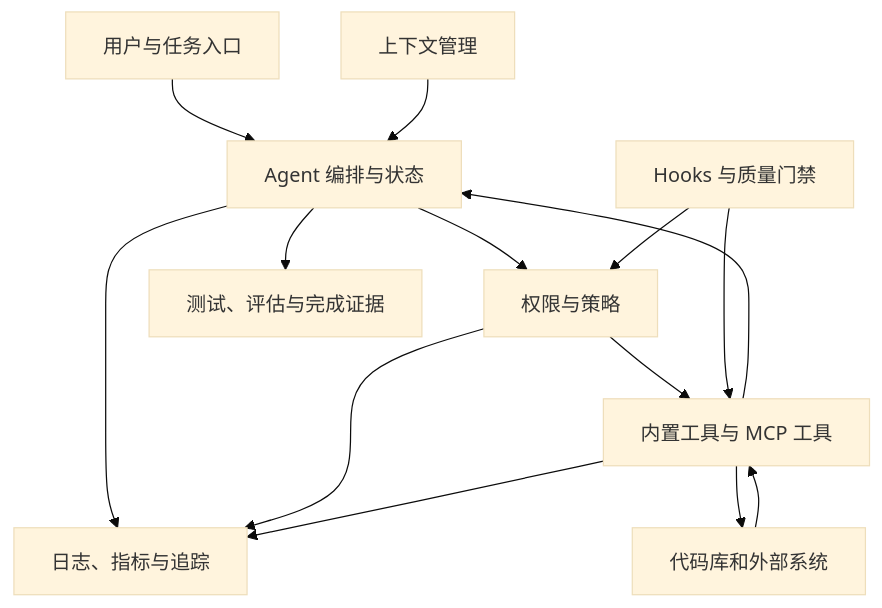
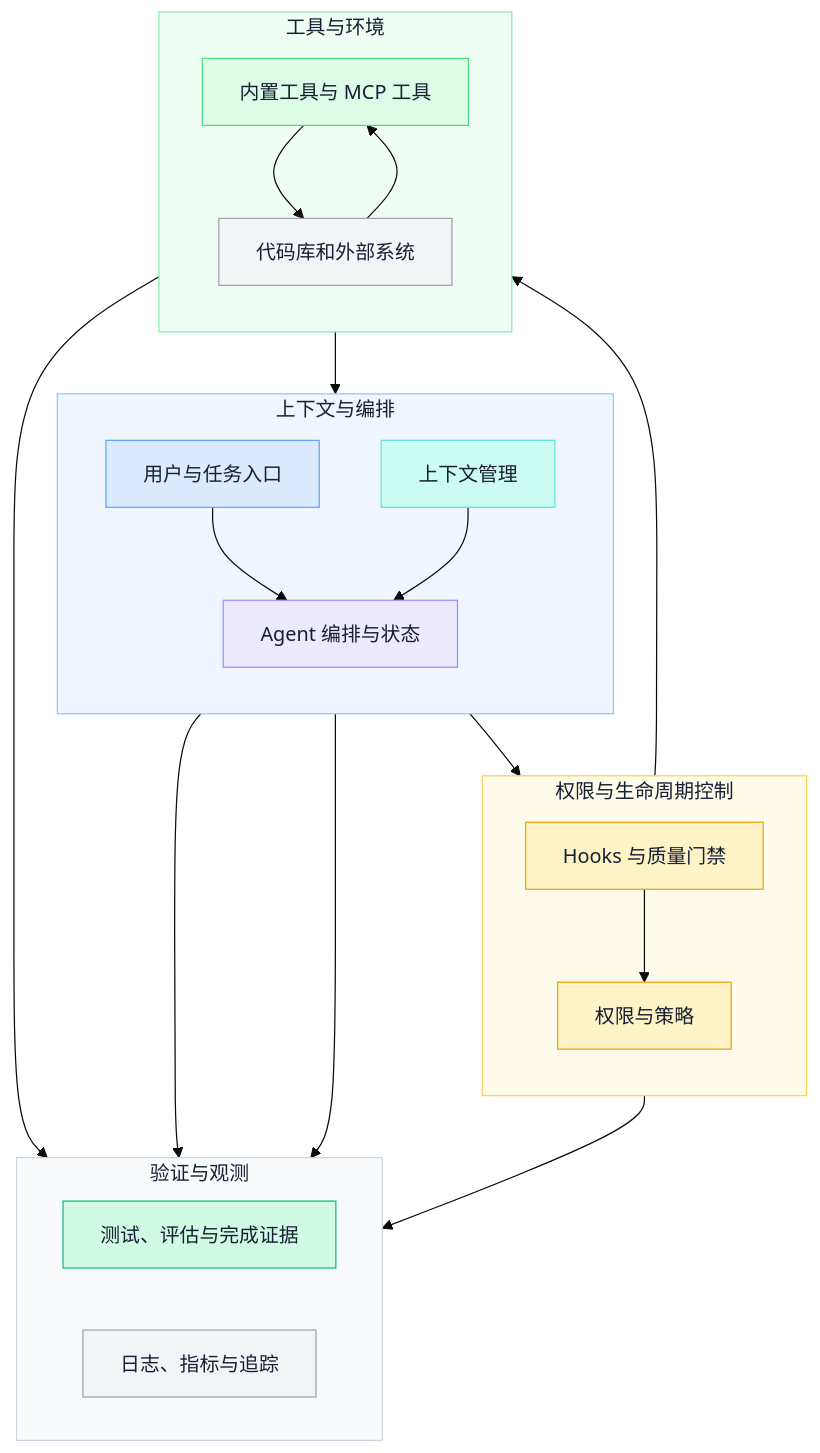
Before and after one commit to ink-hz/AI-Agent-Platform: the third of 3 diagrams in backend/app/ai_notes/content/03-tools-and-frameworks/01-claude-code-architecture.md, drawn with Mermaid (base theme). The commit also changed other lines of this file and 2 other files, not shown here.

Commit message:
docs: clarify Claude Code architecture visually

````diff
--- a/backend/app/ai_notes/content/03-tools-and-frameworks/01-claude-code-architecture.md
+++ b/backend/app/ai_notes/content/03-tools-and-frameworks/01-claude-code-architecture.md
@@ -192,16 +253,49 @@
 ```mermaid
 flowchart TB
-    U[用户与任务入口] --> O[Agent 编排与状态]
-    C[上下文管理] --> O
-    O --> P[权限与策略]
-    P --> T[内置工具与 MCP 工具]
-    T --> E[代码库和外部系统]
-    E --> T
-    T --> O
-    H[Hooks 与质量门禁] --> P
-    H --> T
-    O --> V[测试、评估与完成证据]
-    O --> B[日志、指标与追踪]
+    subgraph CONTEXT["上下文与编排"]
+        direction TB
+        U[用户与任务入口] --> O[Agent 编排与状态]
+        C[上下文管理] --> O
+    end
+    subgraph CONTROL["权限与生命周期控制"]
+        direction TB
+        O --> P[权限与策略]
+        H[Hooks 与质量门禁] --> P
+    end
+    subgraph CAPABILITY["工具与环境"]
+        direction TB
+        P --> T[内置工具与 MCP 工具]
+        T --> E[代码库和外部系统]
+        E --> T
+        T --> O
+    end
+    subgraph EVIDENCE["验证与观测"]
+        direction LR
+        V[测试、评估与完成证据]
+        B[日志、指标与追踪]
+    end
+
+    O --> V
+    O --> B
     P --> B
     T --> B
+
+    classDef input fill:#DBEAFE,stroke:#60A5FA,color:#172033;
+    classDef model fill:#EDE9FE,stroke:#A78BFA,color:#172033;
+    classDef data fill:#CCFBF1,stroke:#5EEAD4,color:#172033;
+    classDef policy fill:#FEF3C7,stroke:#F59E0B,color:#172033;
+    classDef tool fill:#DCFCE7,stroke:#4ADE80,color:#172033;
+    classDef success fill:#D1FAE5,stroke:#10B981,color:#172033;
+    classDef infra fill:#F3F4F6,stroke:#9CA3AF,color:#172033;
+    class U input;
+    class C data;
+    class O model;
+    class P,H policy;
+    class T tool;
+    class E,B infra;
+    class V success;
+    style CONTEXT fill:#EFF6FF,stroke:#93C5FD,color:#172033;
+    style CONTROL fill:#FFFBEB,stroke:#FCD34D,color:#172033;
+    style CAPABILITY fill:#F0FDF4,stroke:#86EFAC,color:#172033;
+    style EVIDENCE fill:#F8FAFC,stroke:#CBD5E1,color:#172033;
 ```
````
